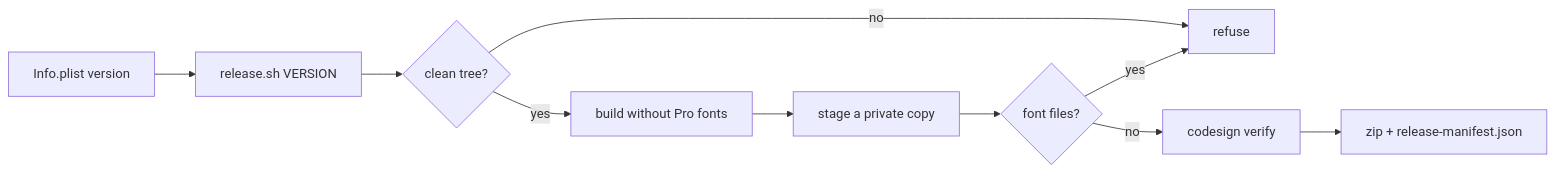
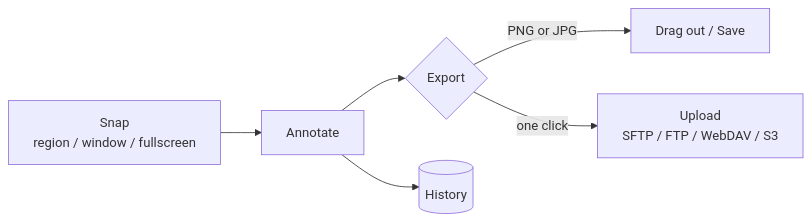
One commit to shoemoney/OpenSkitch changed the diagram in README.md. Above: the diagram before and after it, drawn with Mermaid. The commit also changed other lines of this file and 14 other files, not shown here.

Commit message:
docs: 📝🫧 OpenSnap README and handoff, reconstruction evidence retired, hint copy in our own words, analysis/ untracked ✨

````diff
--- a/README.md
+++ b/README.md
@@ -50,12 +20,8 @@
 ```mermaid
 flowchart LR
-    A[Info.plist version] --> B[release.sh VERSION]
-    B --> C{clean tree?}
-    C -->|no| X[refuse]
-    C -->|yes| D[build without Pro fonts]
-    D --> E[stage a private copy]
-    E --> F{font files?}
-    F -->|yes| X
-    F -->|no| G[codesign verify]
-    G --> H[zip + release-manifest.json]
+    A[Snap<br/>region / window / fullscreen] --> B[Annotate]
+    B --> C{Export}
+    C -->|PNG or JPG| D[Drag out / Save]
+    C -->|one click| E[Upload<br/>SFTP / FTP / WebDAV / S3]
+    B --> F[(History)]
 ```
````
